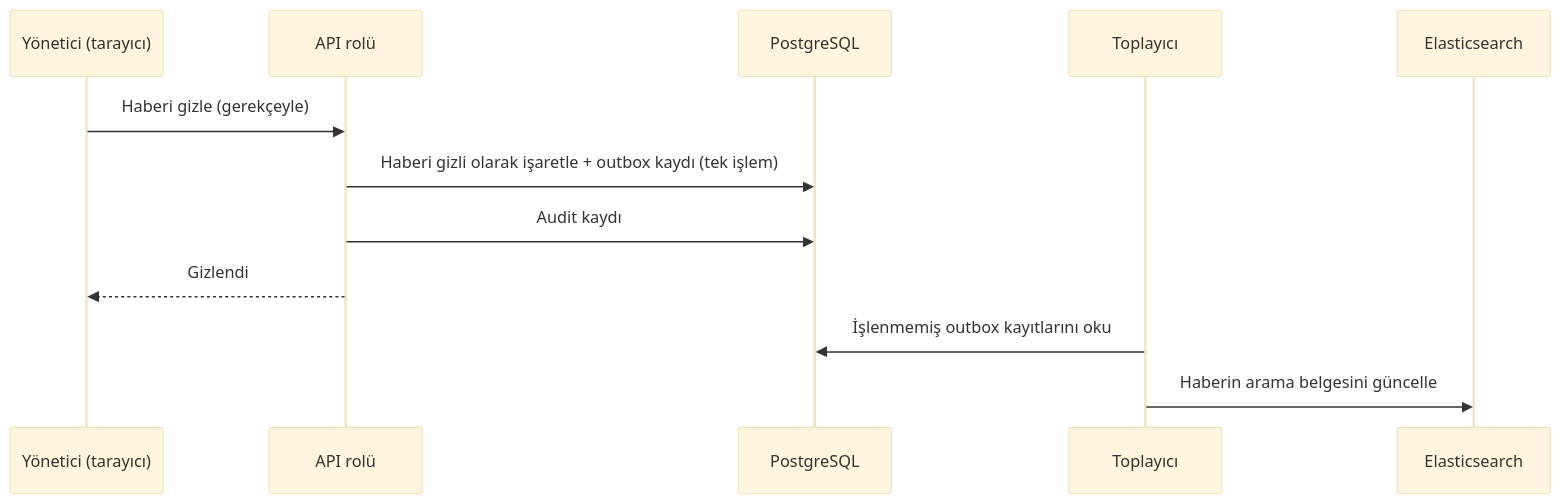
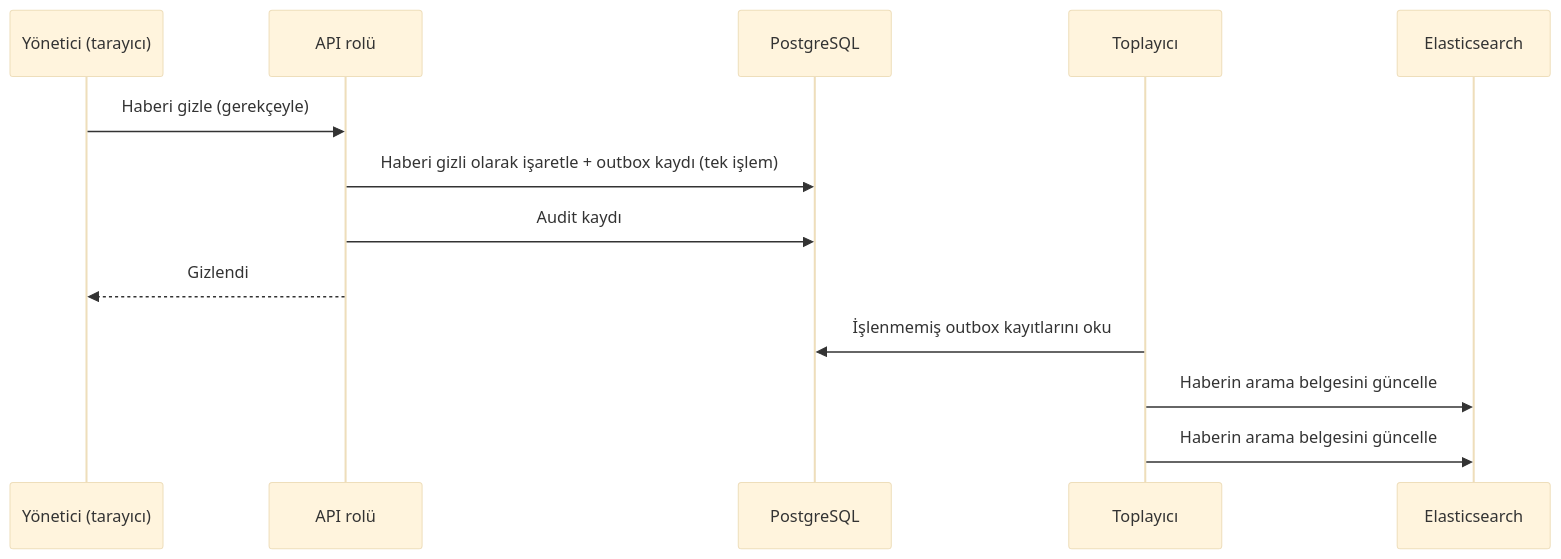
The eighth of 8 diagrams in docs/04-mimari.md (FallErdem/haber-arama-platformu), drawn with Mermaid (base theme) before and after one commit. The commit also changed other lines of this file, not shown here.

````diff
--- a/docs/04-mimari.md
+++ b/docs/04-mimari.md
@@ -216,15 +225,16 @@
 ```mermaid
 sequenceDiagram
     participant Y as Yönetici (tarayıcı)
     participant A as API rolü
     participant PG as PostgreSQL
     participant T as Toplayıcı
     participant ES as Elasticsearch
 
     Y->>A: Haberi gizle (gerekçeyle)
     A->>PG: Haberi gizli olarak işaretle + outbox kaydı (tek işlem)
     A->>PG: Audit kaydı
     A-->>Y: Gizlendi
     T->>PG: İşlenmemiş outbox kayıtlarını oku
     T->>ES: Haberin arama belgesini güncelle
+    T->>ES: Haberin arama belgesini güncelle
 ```
````
